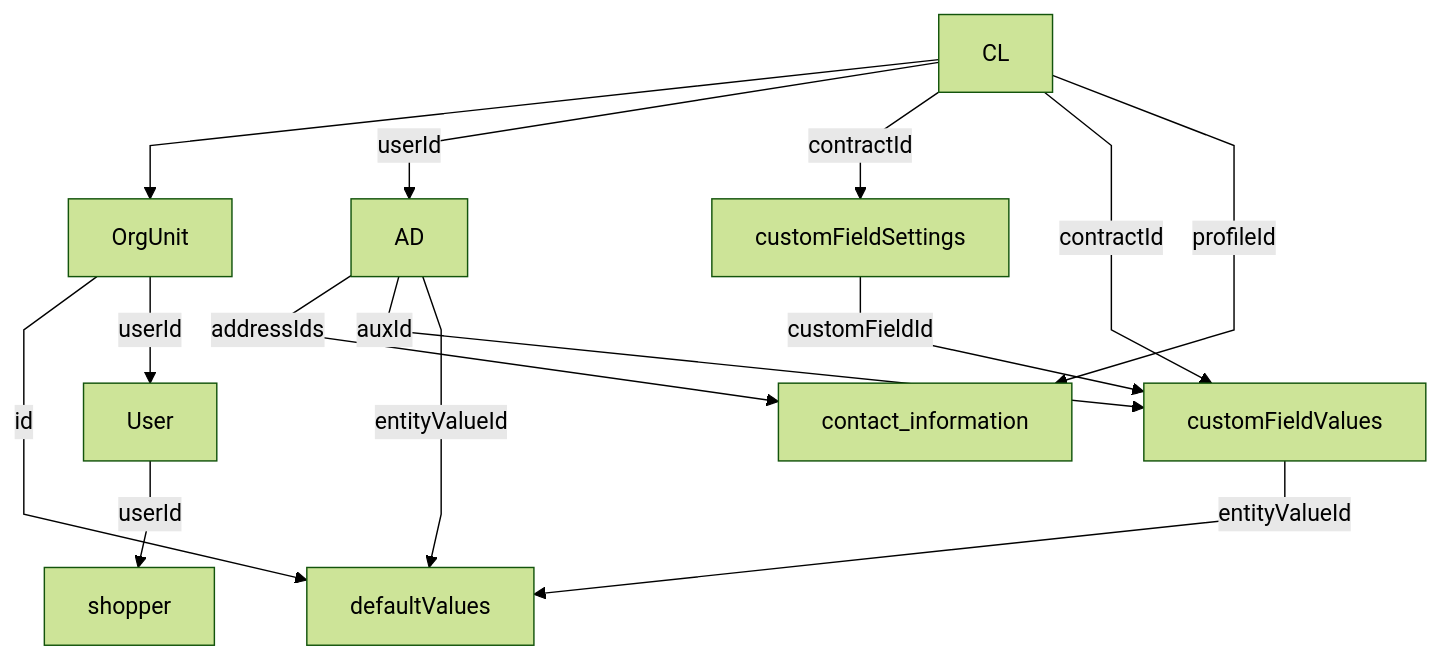
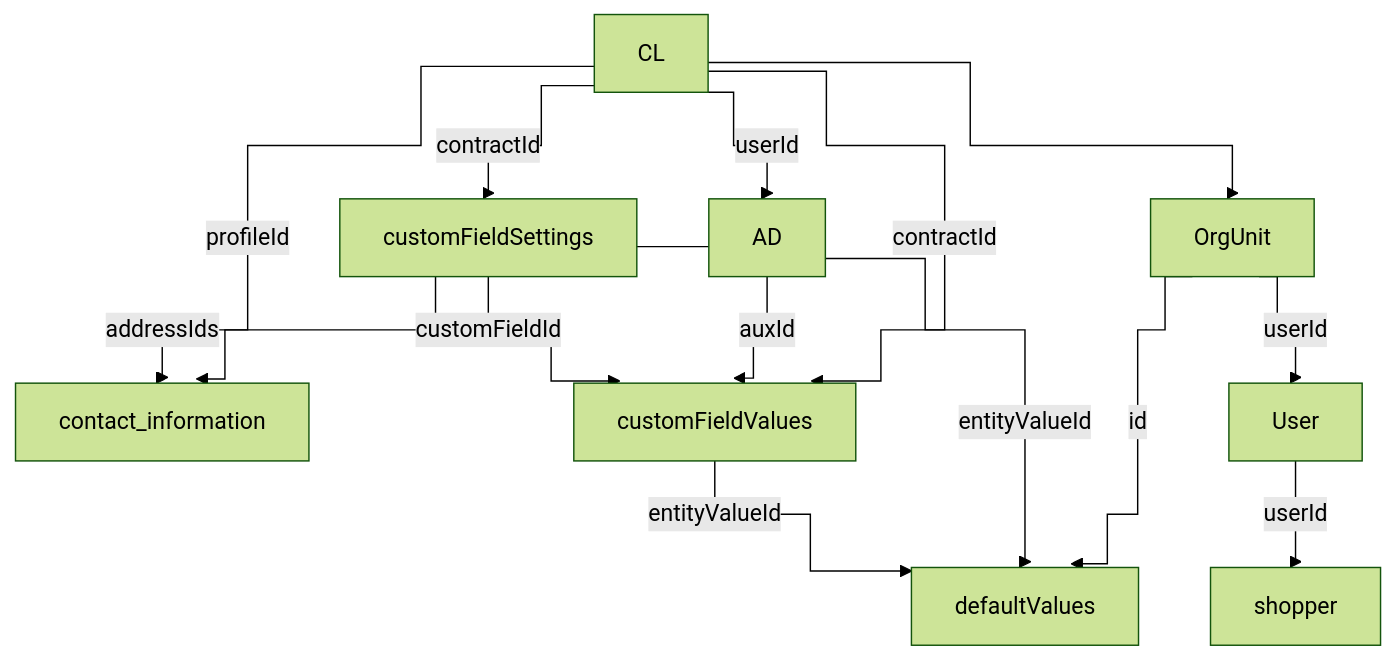
One commit to vtexdocs/dev-portal-content changed the diagram in docs/guides/b2b/b2b-buyer-portal/b2b-buyer-portal-master-data-architecture.md. Above: the diagram before and after it, drawn with Mermaid (forest theme).

Commit message:
docs: improve B2B Buyer Portal entity diagram readability

````diff
--- a/docs/guides/b2b/b2b-buyer-portal/b2b-buyer-portal-master-data-architecture.md
+++ b/docs/guides/b2b/b2b-buyer-portal/b2b-buyer-portal-master-data-architecture.md
@@ -41,17 +41,24 @@
 ```mermaid
-%%{init: {"flowchart": {"curve": "linear", "useMaxWidth": true}}}%%
+%%{init: {"flowchart": {"curve": "step", "useMaxWidth": true}}}%%
 flowchart TB
-    CL --> OrgUnit
+    %% Contract references: the foreign key lives on each child record
     CL -->|"userId"| AD
+    CL -->|"profileId"| contact_information
     CL -->|"contractId"| customFieldSettings
     CL -->|"contractId"| customFieldValues
-    CL -->|"profileId"| contact_information
+    CL --> OrgUnit
+
+    %% Addresses, recipients, and locations
     AD -->|"addressIds"| contact_information
     AD -->|"auxId"| customFieldValues
     customFieldSettings -->|"customFieldId"| customFieldValues
+
+    %% Organizational units and storefront users
+    OrgUnit -->|"userId"| User
+    User -->|"userId"| shopper
+
+    %% Checkout defaults reference an org unit and target records
     OrgUnit -->|"id"| defaultValues
     AD -->|"entityValueId"| defaultValues
     customFieldValues -->|"entityValueId"| defaultValues
-    OrgUnit -->|"userId"| User
-    User -->|"userId"| shopper
 ```
````
